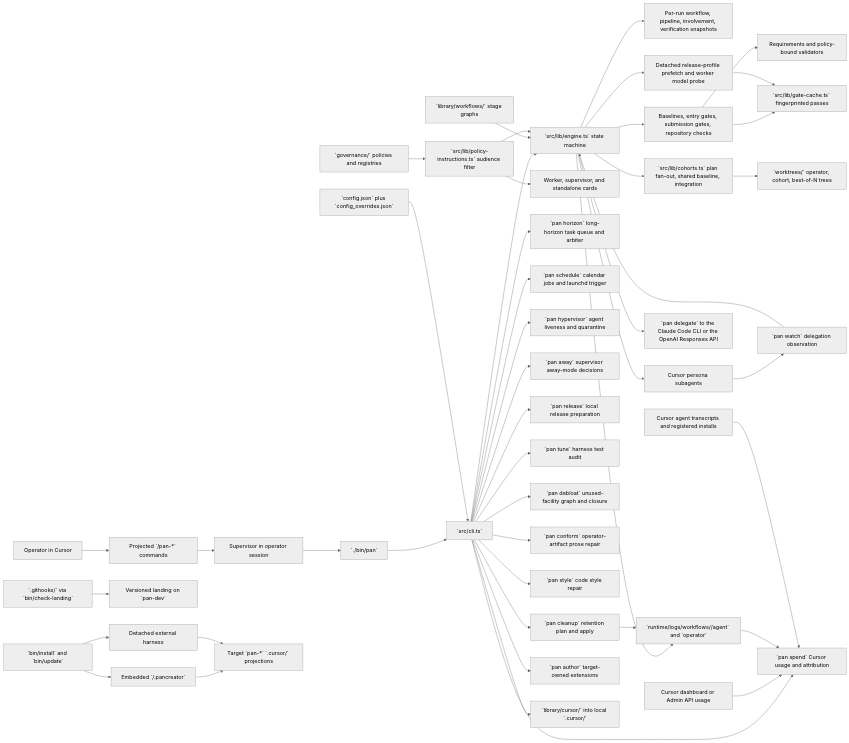
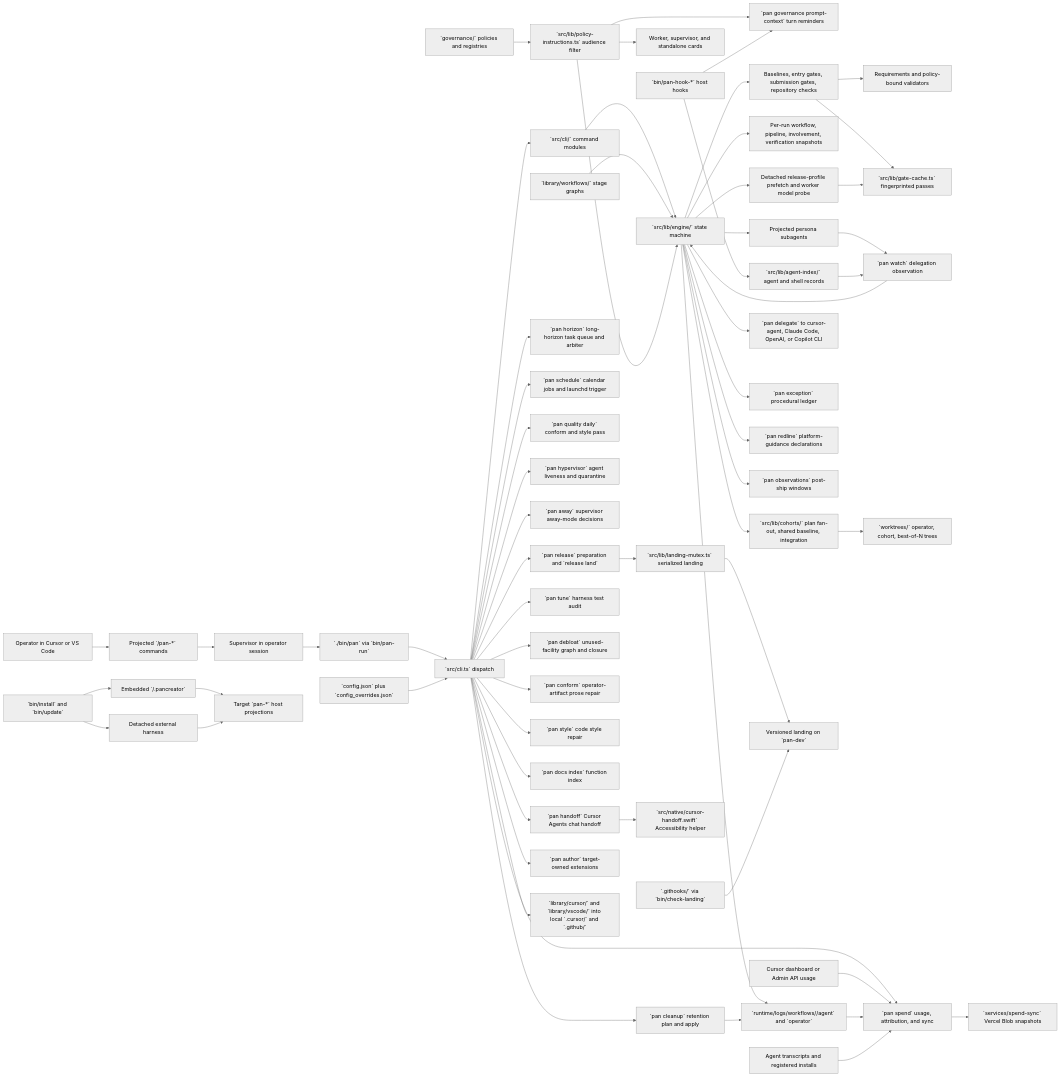
One commit to alenlukic/pancreator changed the diagram in docs/target-repo-primer.md. Above: the diagram before and after it, drawn with Mermaid (neutral theme). The commit also changed other lines of this file and 8 other files, not shown here.

First line of the commit message:
release: v9.10.1 Rebuild the target-repository primer and refresh the JavaScript and TypeScript…

````diff
--- a/docs/target-repo-primer.md
+++ b/docs/target-repo-primer.md
@@ -91,48 +95,63 @@
 ```mermaid
 flowchart LR
-  Operator[Operator in Cursor] --> Commands[Projected `/pan-*` commands]
+  Operator[Operator in Cursor or VS Code] --> Commands[Projected `/pan-*` commands]
   Commands --> Supervisor[Supervisor in operator session]
-  Supervisor --> Pan[`./bin/pan`]
-  Pan --> CLI[`src/cli.ts`]
-  CLI --> Engine[`src/lib/engine.ts` state machine]
+  Supervisor --> Pan[`./bin/pan` via `bin/pan-run`]
+  Pan --> CLI[`src/cli.ts` dispatch]
+  CLI --> CliModules[`src/cli/` command modules]
+  CliModules --> Engine[`src/lib/engine/` state machine]
   Config[`config.json` plus `config_overrides.json`] --> CLI
   Workflows[`library/workflows/` stage graphs] --> Engine
   Governance[`governance/` policies and registries] --> Audience[`src/lib/policy-instructions.ts` audience filter]
   Audience --> Engine
   Audience --> Cards[Worker, supervisor, and standalone cards]
+  Audience --> Reminders[`pan governance prompt-context` turn reminders]
+  Hooks[`bin/pan-hook-*` host hooks] --> Reminders
+  Hooks --> AgentIndex[`src/lib/agent-index/` agent and shell records]
   Engine --> Snapshots[Per-run workflow, pipeline, involvement, verification snapshots]
   Engine --> Gates[Baselines, entry gates, submission gates, repository checks]
   Gates --> Requirements[Requirements and policy-bound validators]
   Gates --> GateCache[`src/lib/gate-cache.ts` fingerprinted passes]
   Engine --> Detached[Detached release-profile prefetch and worker model probe]
   Detached --> GateCache
   Engine --> Runtime[`runtime/logs/workflows/<run-id>/agent` and `operator`]
-  Engine --> CursorWorkers[Cursor persona subagents]
-  Engine --> External[`pan delegate` to the Claude Code CLI or the OpenAI Responses API]
-  CursorWorkers --> Watch[`pan watch` delegation observation]
+  Engine --> HostWorkers[Projected persona subagents]
+  Engine --> External[`pan delegate` to cursor-agent, Claude Code, OpenAI, or Copilot CLI]
+  HostWorkers --> Watch[`pan watch` delegation observation]
+  AgentIndex --> Watch
   Watch --> Engine
-  Engine --> Cohorts[`src/lib/cohorts.ts` plan fan-out, shared baseline, integration]
+  Engine --> Exceptions[`pan exception` procedural ledger]
+  Engine --> Redline[`pan redline` platform-guidance declarations]
+  Engine --> Observations[`pan observations` post-ship windows]
+  Engine --> Cohorts[`src/lib/cohorts/` plan fan-out, shared baseline, integration]
   Cohorts --> Worktrees[`worktrees/` operator, cohort, best-of-N trees]
   CLI --> Horizon[`pan horizon` long-horizon task queue and arbiter]
   CLI --> Schedule[`pan schedule` calendar jobs and launchd trigger]
+  CLI --> Quality[`pan quality daily` conform and style pass]
   CLI --> Hypervisor[`pan hypervisor` agent liveness and quarantine]
   CLI --> Away[`pan away` supervisor away-mode decisions]
-  CLI --> Release[`pan release` local release preparation]
+  CLI --> Release[`pan release` preparation and `release land`]
+  Release --> Mutex[`src/lib/landing-mutex.ts` serialized landing]
+  Mutex --> PanDev[Versioned landing on `pan-dev`]
   CLI --> Tune[`pan tune` harness test audit]
   CLI --> Debloat[`pan debloat` unused-facility graph and closure]
   CLI --> Conform[`pan conform` operator-artifact prose repair]
   CLI --> Style[`pan style` code style repair]
   CLI --> Cleanup[`pan cleanup` retention plan and apply]
   Cleanup --> Runtime
-  CLI --> Spend[`pan spend` Cursor usage and attribution]
+  CLI --> Docs[`pan docs index` function index]
+  CLI --> Handoff[`pan handoff` Cursor Agents chat handoff]
+  Handoff --> Native[`src/native/cursor-handoff.swift` Accessibility helper]
+  CLI --> Spend[`pan spend` usage, attribution, and sync]
   CursorAPI[Cursor dashboard or Admin API usage] --> Spend
   Runtime --> Spend
-  Transcripts[Cursor agent transcripts and registered installs] --> Spend
+  Transcripts[Agent transcripts and registered installs] --> Spend
+  Spend --> SpendSync[`services/spend-sync` Vercel Blob snapshots]
   CLI --> Author[`pan author` target-owned extensions]
-  CLI --> Projection[`library/cursor/` into local `.cursor/`]
-  Hooks[`.githooks/` via `bin/check-landing`] --> Landing[Versioned landing on `pan-dev`]
+  CLI --> Projection[`library/cursor/` and `library/vscode/` into local `.cursor/` and `.github/`]
+  GitHooks[`.githooks/` via `bin/check-landing`] --> PanDev
   Installer[`bin/install` and `bin/update`] --> Embedded[Embedded `<target>/.pancreator`]
   Installer --> DetachedInstall[Detached external harness]
-  Embedded --> TargetCursor[Target `pan-*` `.cursor/` projections]
-  DetachedInstall --> TargetCursor
+  Embedded --> TargetProjection[Target `pan-*` host projections]
+  DetachedInstall --> TargetProjection
 ```
````
